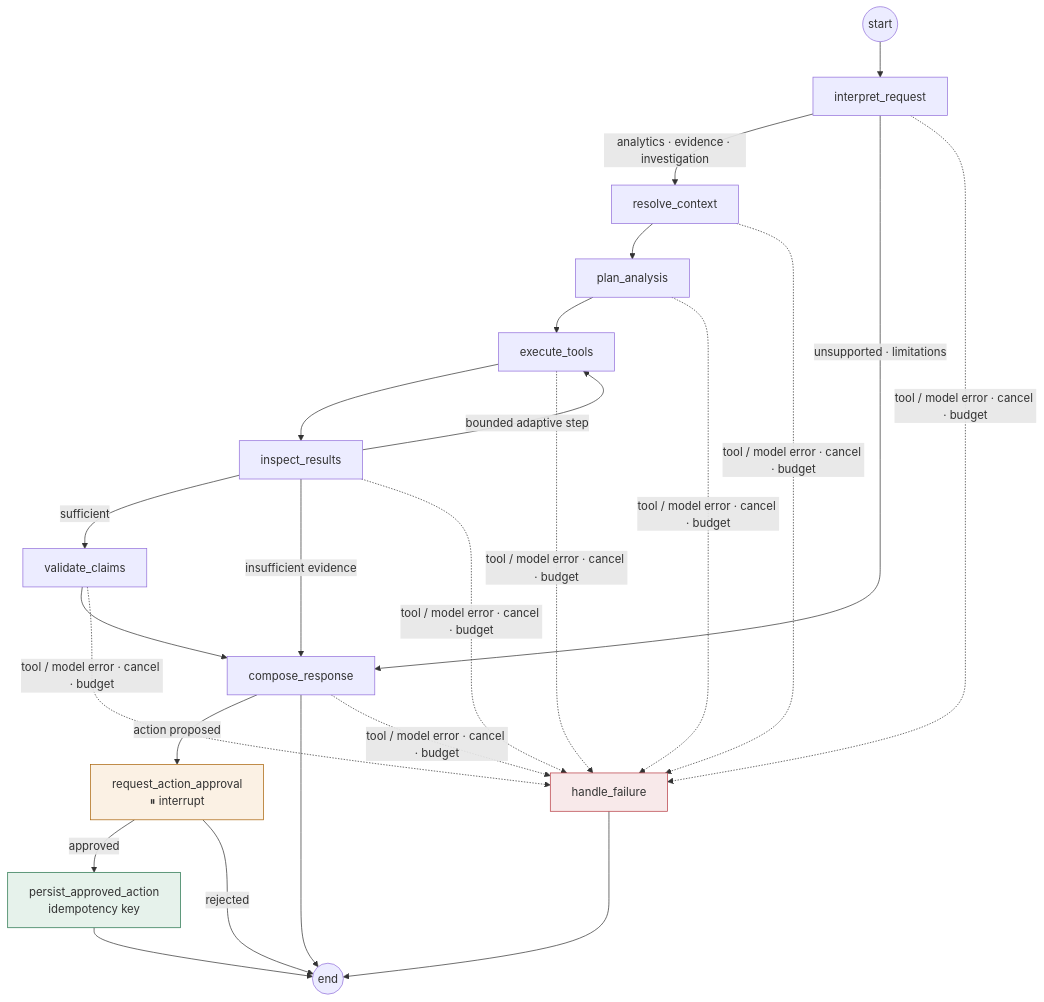
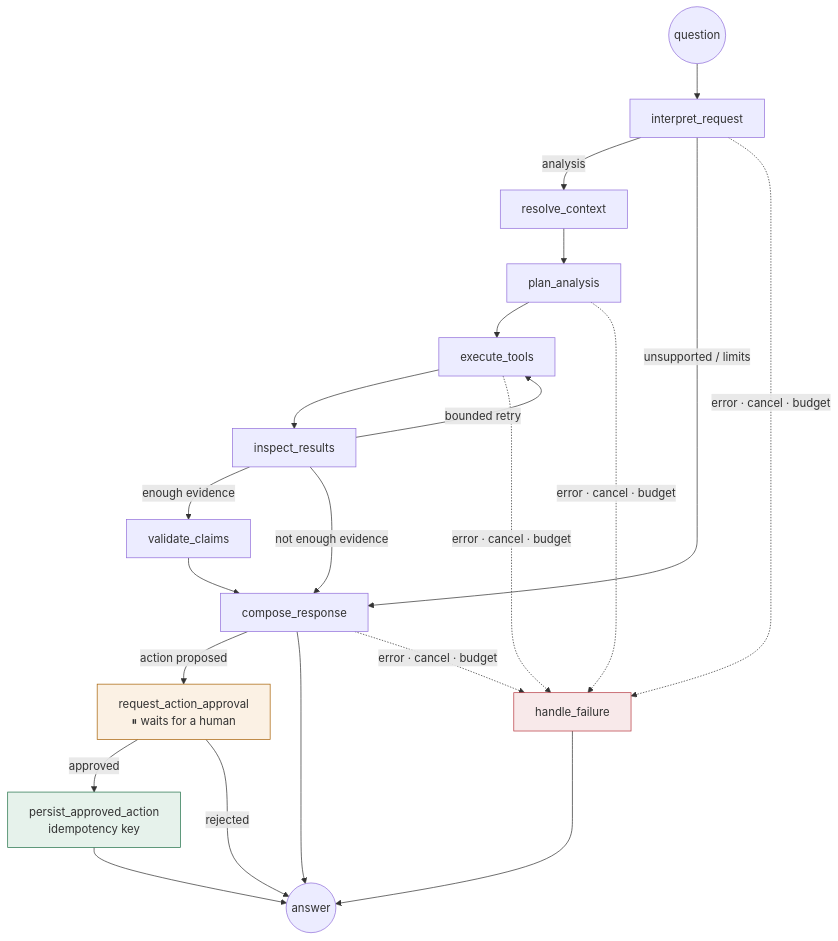
The third of 3 diagrams in convolens/README.md (florina787/Data-sets), drawn with Mermaid before and after one commit. The commit also changed other lines of this file, not shown here.

````diff
--- a/convolens/README.md
+++ b/convolens/README.md
@@ -332,22 +195,22 @@
 ```mermaid
 flowchart TD
-  S((start)) --> I[interpret_request]
-  I -->|analytics · evidence · investigation| R[resolve_context]
-  I -->|unsupported · limitations| C[compose_response]
+  S((question)) --> I[interpret_request]
+  I -->|analysis| R[resolve_context]
+  I -->|unsupported / limits| C[compose_response]
   R --> P[plan_analysis]
   P --> E[execute_tools]
   E --> N[inspect_results]
-  N -->|bounded adaptive step| E
-  N -->|sufficient| V[validate_claims]
-  N -->|insufficient evidence| C
+  N -->|bounded retry| E
+  N -->|enough evidence| V[validate_claims]
+  N -->|not enough evidence| C
   V --> C
-  C -->|action proposed| A[request_action_approval<br/>⏸ interrupt]
-  C --> X((end))
-  A -->|approved| W[persist_approved_action<br/>idempotency key]
+  C -->|action proposed| A["request_action_approval<br/>⏸ waits for a human"]
+  C --> X((answer))
+  A -->|approved| W["persist_approved_action<br/>idempotency key"]
   A -->|rejected| X
   W --> X
-  I & R & P & E & N & V & C -.->|tool / model error · cancel · budget| F[handle_failure] --> X
+  I & P & E & C -.->|error · cancel · budget| F[handle_failure] --> X
   style A fill:#FBF1E4,stroke:#A96308
   style W fill:#E6F2EB,stroke:#24734B
   style F fill:#F8E9EA,stroke:#B83D45
 ```
````
